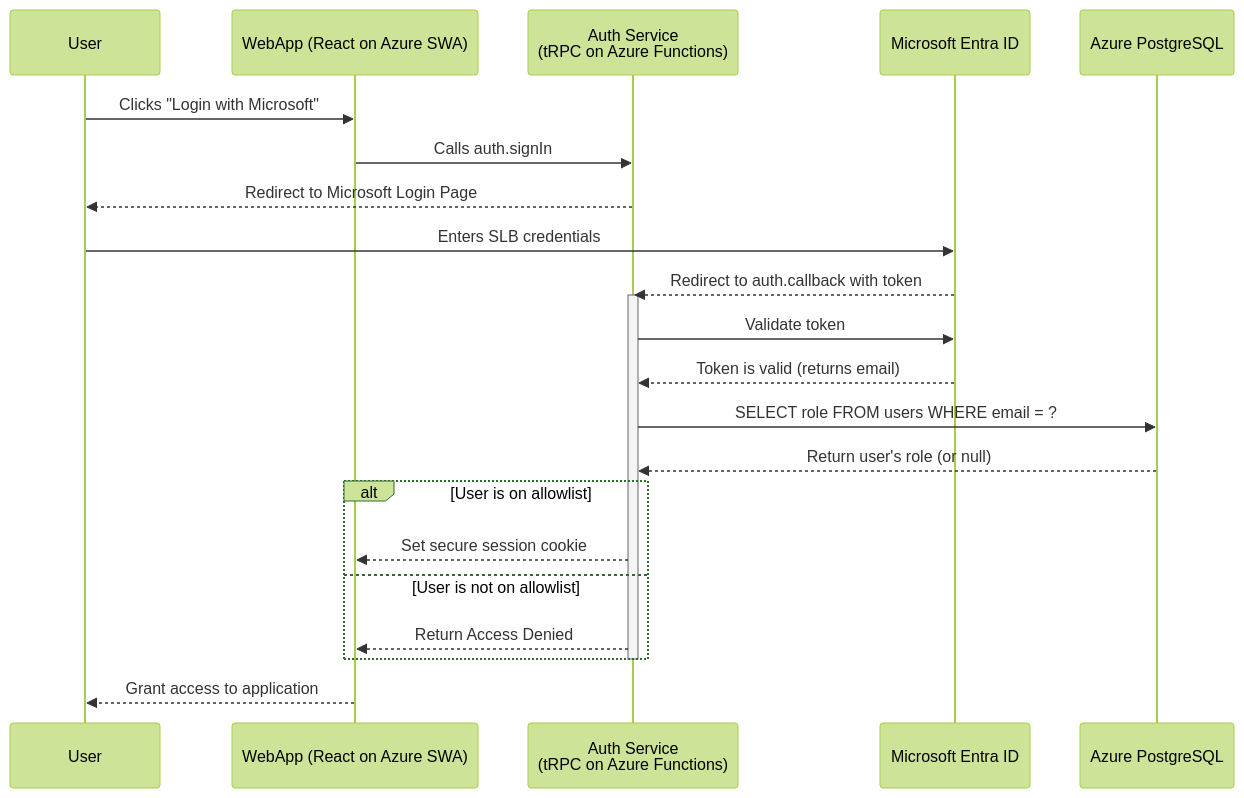
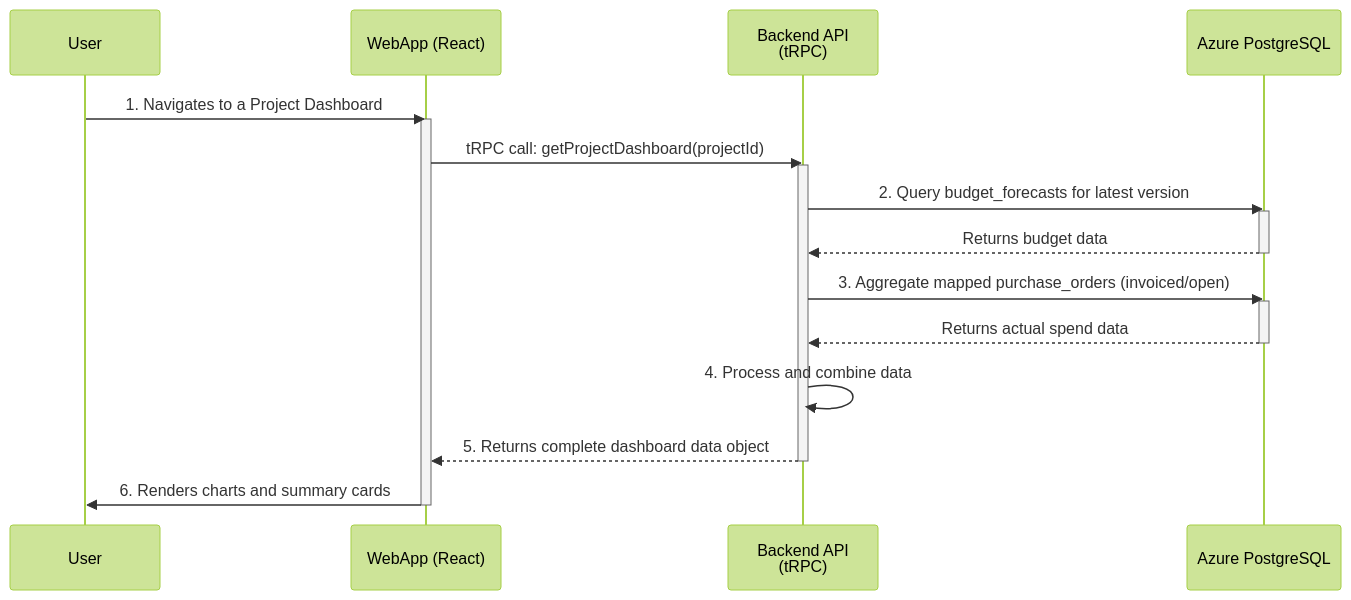
One commit to ihabwahbi/cost-management changed the seventh of 10 diagrams in docs/architecture.md. Above: the diagram before and after it, drawn with Mermaid (forest theme). The commit also changed other lines of this file and 1 other file, not shown here.

Commit message:
Updated architecture doc complete and updated front end spec to include SLB branding

````diff
--- a/docs/architecture.md
+++ b/docs/architecture.md
@@ -395,26 +486,25 @@
 ```mermaid
 sequenceDiagram
     participant User
-    participant WebApp as WebApp (React on Azure SWA)
-    participant AuthService as Auth Service <br> (tRPC on Azure Functions)
-    participant EntraID as Microsoft Entra ID
+    participant WebApp as WebApp (React)
+    participant BackendAPI as Backend API <br> (tRPC)
     participant Database as Azure PostgreSQL
 
-    User->>WebApp: Clicks "Login with Microsoft"
-    WebApp->>AuthService: Calls auth.signIn
-    AuthService-->>User: Redirect to Microsoft Login Page
-    User->>EntraID: Enters SLB credentials
-    EntraID-->>AuthService: Redirect to auth.callback with token
-    activate AuthService
-    AuthService->>EntraID: Validate token
-    EntraID-->>AuthService: Token is valid (returns email)
-    AuthService->>Database: SELECT role FROM users WHERE email = ?
-    Database-->>AuthService: Return user's role (or null)
-    alt User is on allowlist
-        AuthService-->>WebApp: Set secure session cookie
-    else User is not on allowlist
-        AuthService-->>WebApp: Return Access Denied
-    end
-    deactivate AuthService
-    WebApp-->>User: Grant access to application
+    User->>WebApp: 1. Navigates to a Project Dashboard
+    activate WebApp
+    WebApp->>BackendAPI: tRPC call: getProjectDashboard(projectId)
+    activate BackendAPI
+    BackendAPI->>Database: 2. Query budget_forecasts for latest version
+    activate Database
+    Database-->>BackendAPI: Returns budget data
+    deactivate Database
+    BackendAPI->>Database: 3. Aggregate mapped purchase_orders (invoiced/open)
+    activate Database
+    Database-->>BackendAPI: Returns actual spend data
+    deactivate Database
+    BackendAPI->>BackendAPI: 4. Process and combine data
+    BackendAPI-->>WebApp: 5. Returns complete dashboard data object
+    deactivate BackendAPI
+    WebApp->>User: 6. Renders charts and summary cards
+    deactivate WebApp
 ```
````
